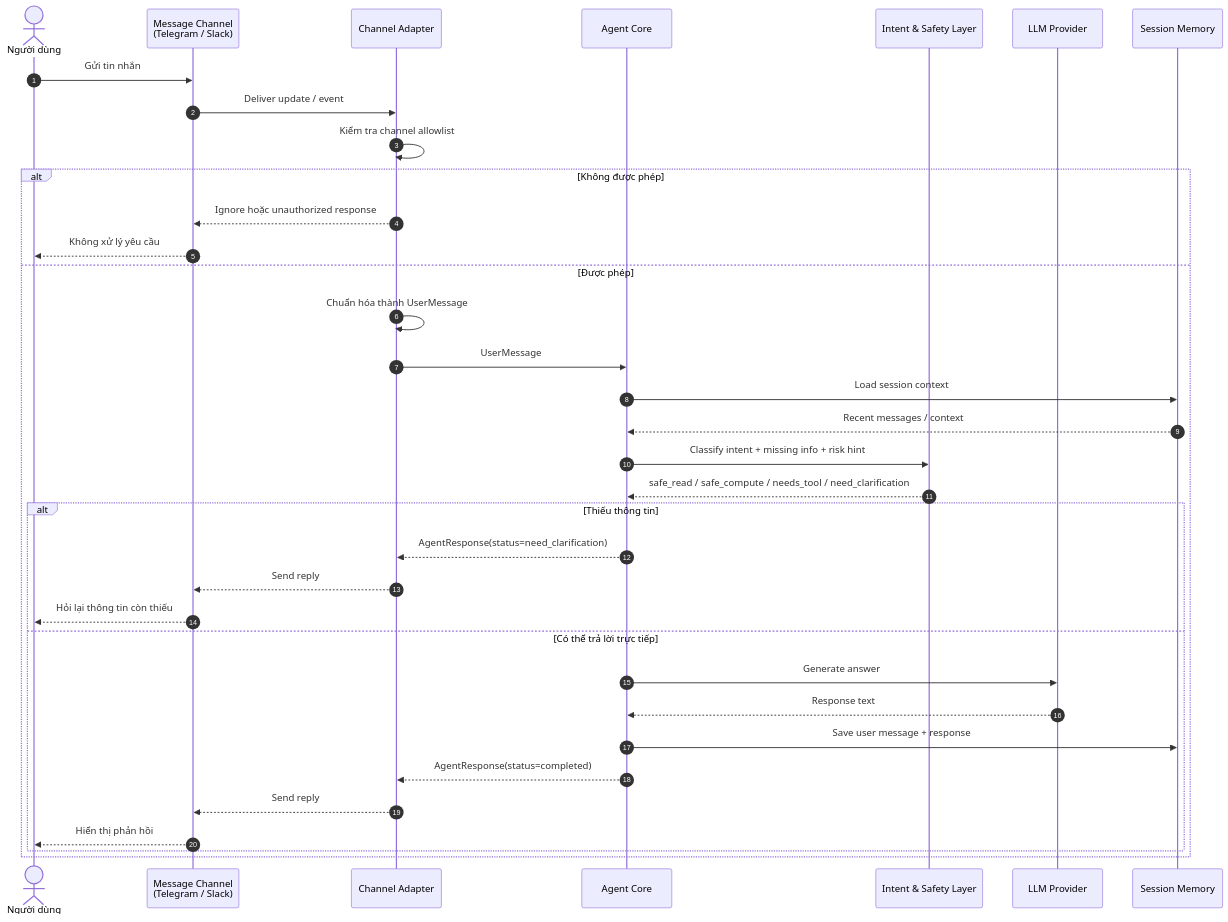
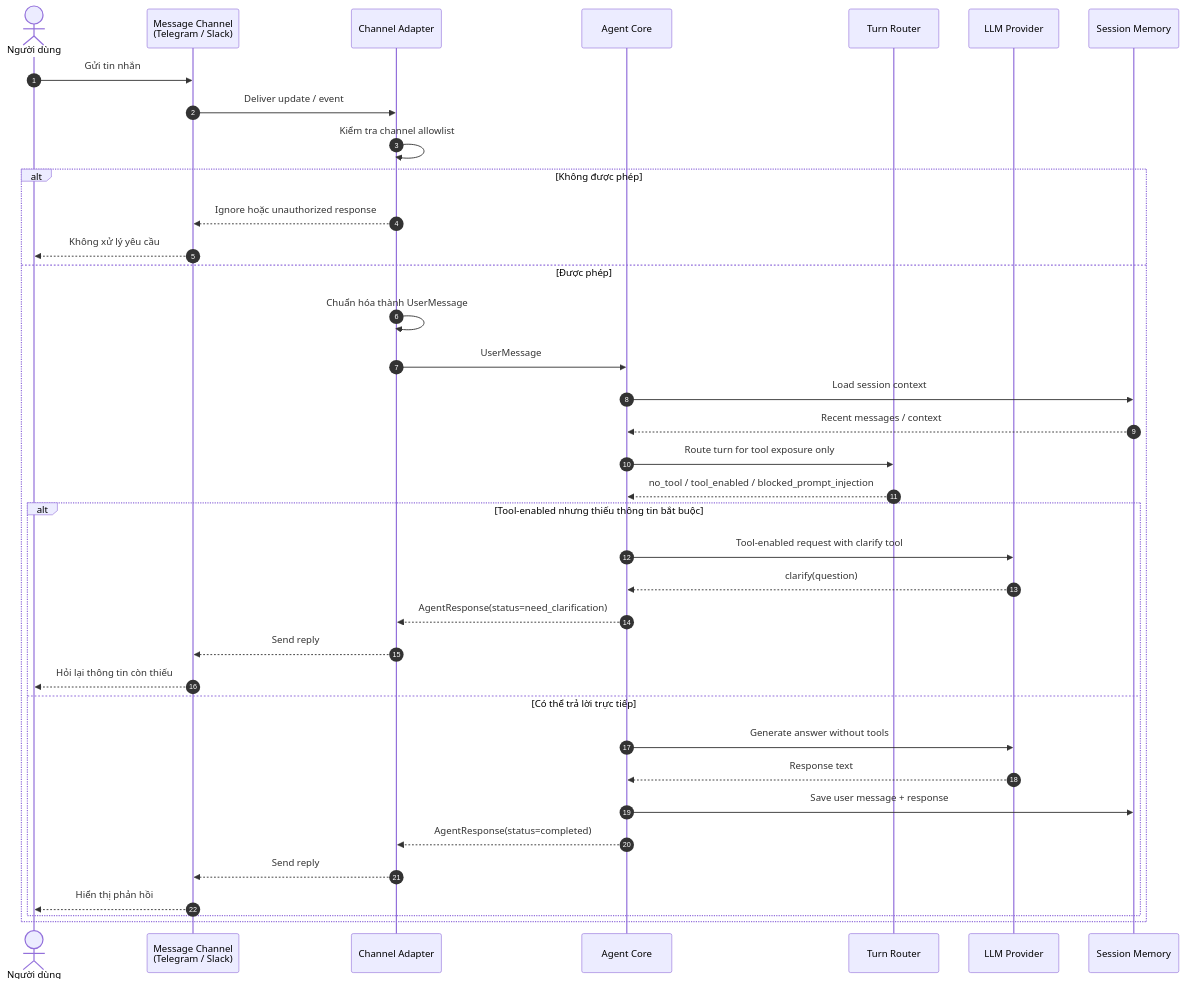
One commit to AI26-V-Claw/V-Claw changed the diagram in docs/scenarios/01-channel-message.md. Above: the diagram before and after it, drawn with Mermaid. The commit also changed other lines of this file and 19 other files, not shown here.

Commit message:
Add turn router based agent flow

````diff
--- a/docs/scenarios/01-channel-message.md
+++ b/docs/scenarios/01-channel-message.md
@@ -17,44 +17,46 @@
 ```mermaid
 sequenceDiagram
     autonumber
 
     actor User as Người dùng
     participant Channel as Message Channel<br/>(Telegram / Slack)
     participant Adapter as Channel Adapter
     participant Agent as Agent Core
-    participant Safety as Intent & Safety Layer
+    participant Router as Turn Router
     participant LLM as LLM Provider
     participant Memory as Session Memory
 
     User->>Channel: Gửi tin nhắn
     Channel->>Adapter: Deliver update / event
 
     Adapter->>Adapter: Kiểm tra channel allowlist
 
     alt Không được phép
         Adapter-->>Channel: Ignore hoặc unauthorized response
         Channel-->>User: Không xử lý yêu cầu
     else Được phép
         Adapter->>Adapter: Chuẩn hóa thành UserMessage
         Adapter->>Agent: UserMessage
 
         Agent->>Memory: Load session context
         Memory-->>Agent: Recent messages / context
 
-        Agent->>Safety: Classify intent + missing info + risk hint
-        Safety-->>Agent: safe_read / safe_compute / needs_tool / need_clarification
+        Agent->>Router: Route turn for tool exposure only
+        Router-->>Agent: no_tool / tool_enabled / blocked_prompt_injection
 
-        alt Thiếu thông tin
+        alt Tool-enabled nhưng thiếu thông tin bắt buộc
+            Agent->>LLM: Tool-enabled request with clarify tool
+            LLM-->>Agent: clarify(question)
             Agent-->>Adapter: AgentResponse(status=need_clarification)
             Adapter-->>Channel: Send reply
             Channel-->>User: Hỏi lại thông tin còn thiếu
         else Có thể trả lời trực tiếp
-            Agent->>LLM: Generate answer
+            Agent->>LLM: Generate answer without tools
             LLM-->>Agent: Response text
             Agent->>Memory: Save user message + response
             Agent-->>Adapter: AgentResponse(status=completed)
             Adapter-->>Channel: Send reply
             Channel-->>User: Hiển thị phản hồi
         end
     end
 ```
````
